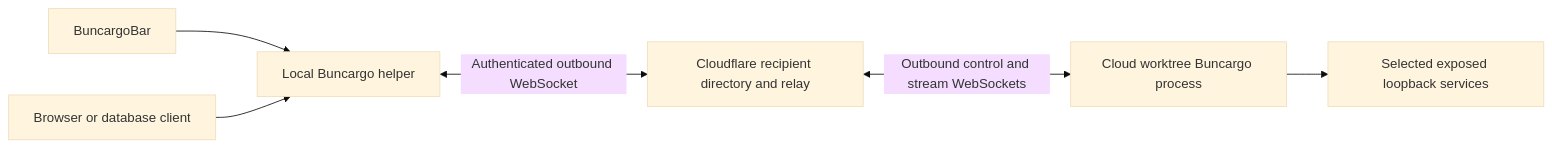
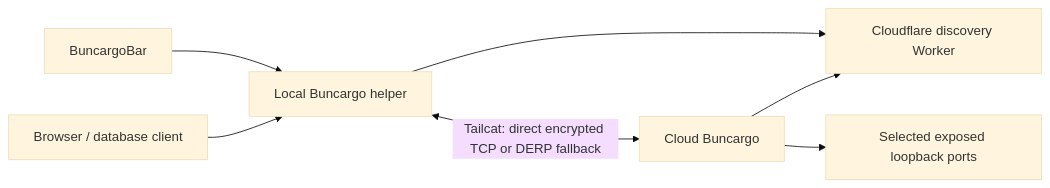
Before and after one commit to HansKristoffer/buncargo: the diagram in docs/cloud-connect-plan.md, drawn with Mermaid (base theme). The commit also changed other lines of this file and 45 other files, not shown here.

First line of the commit message:
feat(connect): replace relay transport with Tailcat

````diff
--- a/docs/cloud-connect-plan.md
+++ b/docs/cloud-connect-plan.md
@@ -24,8 +11,9 @@
 ```mermaid
 flowchart LR
-    M[BuncargoBar] --> H[Local Buncargo helper]
-    B[Browser or database client] --> H
-    H <-->|Authenticated outbound WebSocket| R[Cloudflare recipient directory and relay]
-    R <-->|Outbound control and stream WebSockets| P[Cloud worktree Buncargo process]
-    P --> A[Selected exposed loopback services]
+  Bar[BuncargoBar] --> Helper[Local Buncargo helper]
+  Helper --> Directory[Cloudflare discovery Worker]
+  Cloud[Cloud Buncargo] --> Directory
+  Browser[Browser / database client] --> Helper
+  Helper <-->|Tailcat: direct encrypted TCP or DERP fallback| Cloud
+  Cloud --> Apps[Selected exposed loopback ports]
 ```
````
